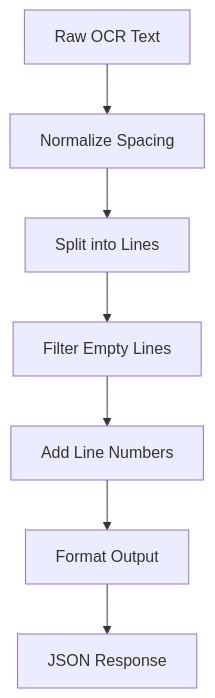
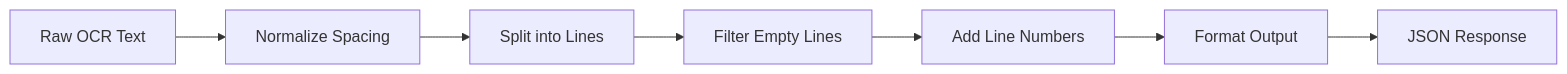
Before and after one commit to md4nas/yt-OCR-extension: the fourth of 10 diagrams in yt-ocr-backend/DEVDOCS.md, drawn with Mermaid. The commit also changed other lines of this file and 3 other files, not shown here.

````diff
--- a/yt-ocr-backend/DEVDOCS.md
+++ b/yt-ocr-backend/DEVDOCS.md
@@ -111,9 +111,9 @@
 ```mermaid
-flowchart TD
+flowchart LR
     A[Raw OCR Text] --> B[Normalize Spacing]
     B --> C[Split into Lines]
     C --> D[Filter Empty Lines]
     D --> E[Add Line Numbers]
     E --> F[Format Output]
     F --> G[JSON Response]
 ```
````
